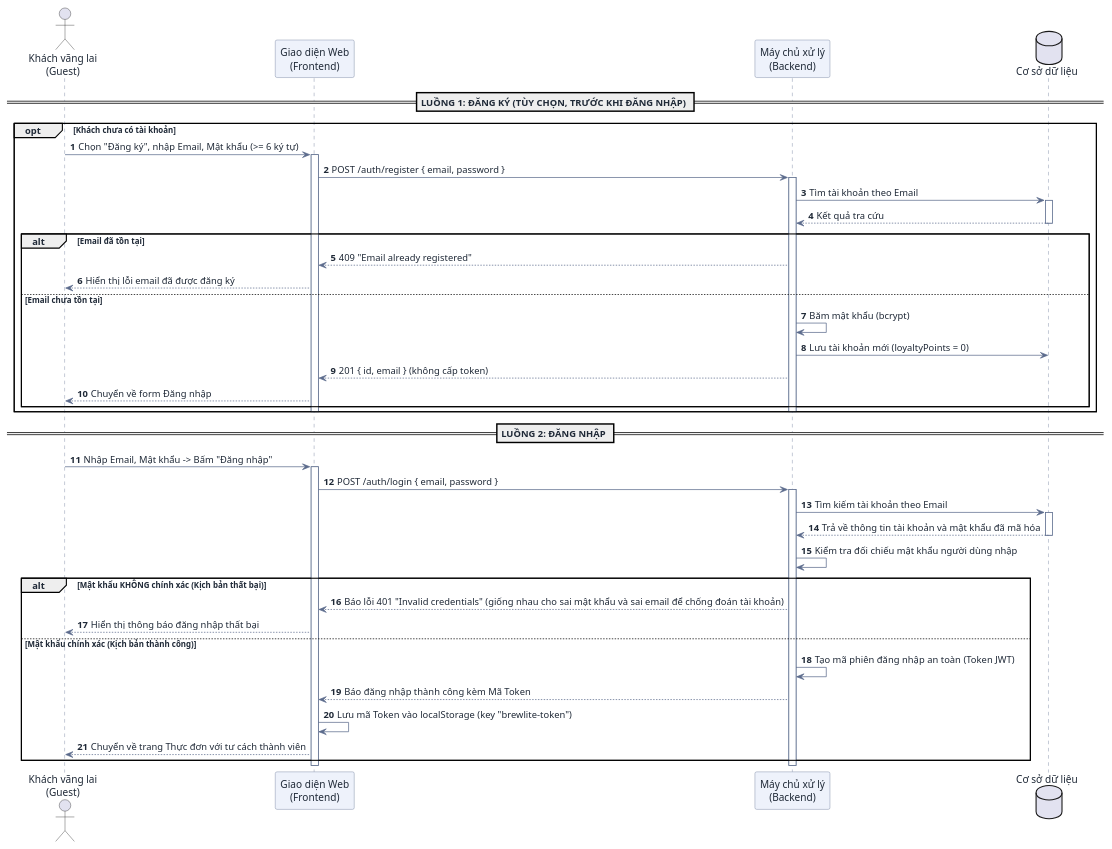
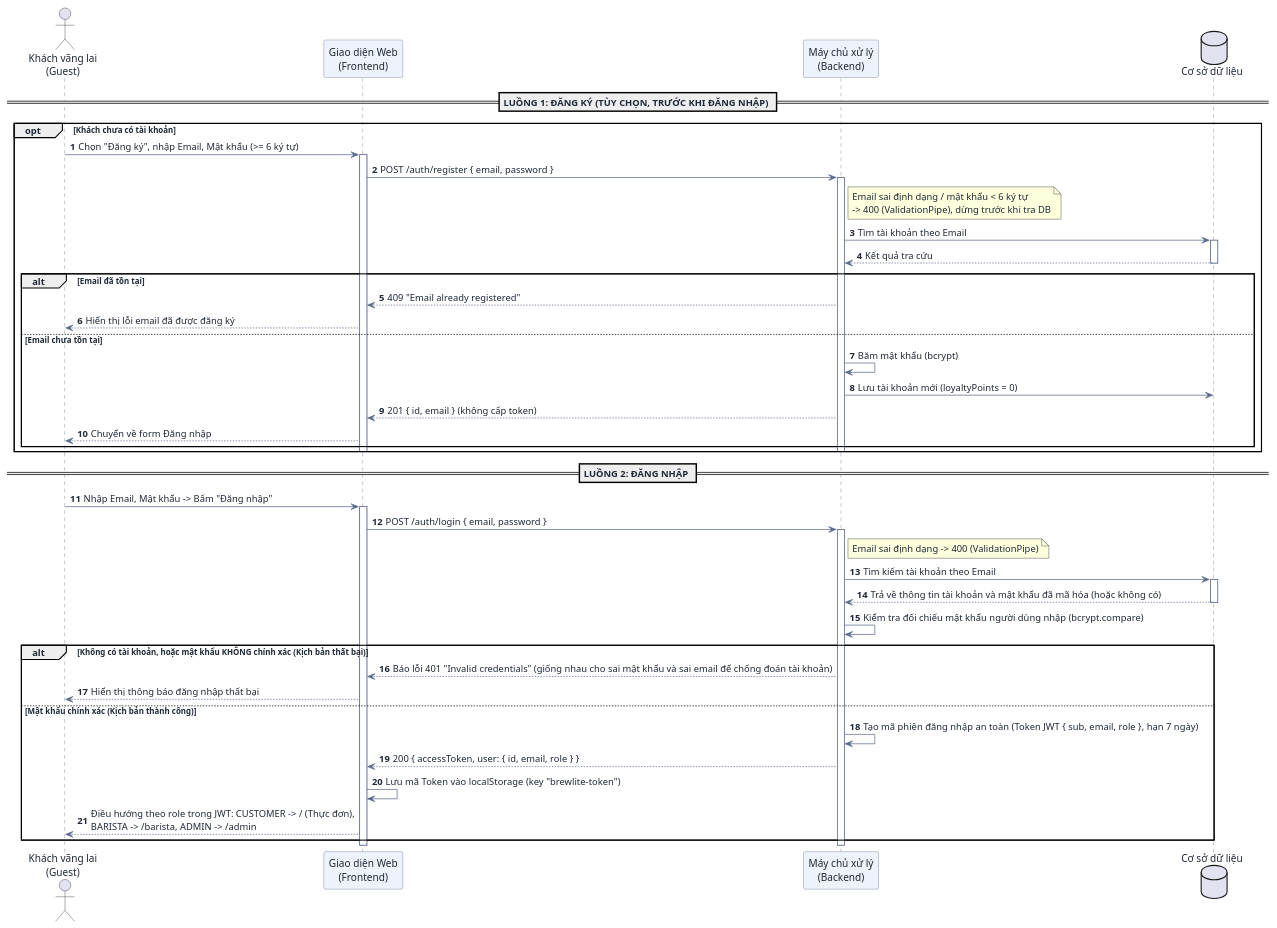
Before and after one commit to DuVinhLoi/BrewLite: the third of 9 diagrams in docs/user-sequence-specifications.md, drawn with PlantUML. The commit also changed other lines of this file and 3 other files, not shown here.

First line of the commit message:
docs: dong bo use-case/sequence voi code, plan doc-code-sync, rule .claude/rules/doc-code-sync.md

````diff
--- a/docs/user-sequence-specifications.md
+++ b/docs/user-sequence-specifications.md
@@ -210,63 +224,65 @@
 ```plantuml
 @startuml
 skinparam DefaultFontColor #1f2937
 skinparam ArrowColor #5b6b8c
 skinparam SequenceParticipantBackgroundColor #eef2fb
 skinparam SequenceParticipantBorderColor #5b6b8c
 skinparam SequenceLifeLineBorderColor #5b6b8c
 
 autonumber
 actor "Khách vãng lai\n(Guest)" as User
 participant "Giao diện Web\n(Frontend)" as FE
 participant "Máy chủ xử lý\n(Backend)" as BE
 database "Cơ sở dữ liệu" as DB
 
 == LUỒNG 1: ĐĂNG KÝ (TÙY CHỌN, TRƯỚC KHI ĐĂNG NHẬP) ==
 opt Khách chưa có tài khoản
     User -> FE : Chọn "Đăng ký", nhập Email, Mật khẩu (>= 6 ký tự)
     activate FE
     FE -> BE : POST /auth/register { email, password }
     activate BE
+    note right of BE : Email sai định dạng / mật khẩu < 6 ký tự\n-> 400 (ValidationPipe), dừng trước khi tra DB
     BE -> DB : Tìm tài khoản theo Email
     activate DB
     DB --> BE : Kết quả tra cứu
     deactivate DB
     alt Email đã tồn tại
         BE --> FE : 409 "Email already registered"
         FE --> User : Hiển thị lỗi email đã được đăng ký
     else Email chưa tồn tại
         BE -> BE : Băm mật khẩu (bcrypt)
         BE -> DB : Lưu tài khoản mới (loyaltyPoints = 0)
         BE --> FE : 201 { id, email } (không cấp token)
         FE --> User : Chuyển về form Đăng nhập
     end
     deactivate BE
     deactivate FE
 end
 
 == LUỒNG 2: ĐĂNG NHẬP ==
 User -> FE : Nhập Email, Mật khẩu -> Bấm "Đăng nhập"
 activate FE
 FE -> BE : POST /auth/login { email, password }
 activate BE
+note right of BE : Email sai định dạng -> 400 (ValidationPipe)
 
 BE -> DB : Tìm kiếm tài khoản theo Email
 activate DB
-DB --> BE : Trả về thông tin tài khoản và mật khẩu đã mã hóa
+DB --> BE : Trả về thông tin tài khoản và mật khẩu đã mã hóa (hoặc không có)
 deactivate DB
 
-BE -> BE : Kiểm tra đối chiếu mật khẩu người dùng nhập
+BE -> BE : Kiểm tra đối chiếu mật khẩu người dùng nhập (bcrypt.compare)
 
-alt Mật khẩu KHÔNG chính xác (Kịch bản thất bại)
+alt Không có tài khoản, hoặc mật khẩu KHÔNG chính xác (Kịch bản thất bại)
     BE --> FE : Báo lỗi 401 "Invalid credentials" (giống nhau cho sai mật khẩu và sai email để chống đoán tài khoản)
     FE --> User : Hiển thị thông báo đăng nhập thất bại
 else Mật khẩu chính xác (Kịch bản thành công)
-    BE -> BE : Tạo mã phiên đăng nhập an toàn (Token JWT)
-    BE --> FE : Báo đăng nhập thành công kèm Mã Token
+    BE -> BE : Tạo mã phiên đăng nhập an toàn (Token JWT { sub, email, role }, hạn 7 ngày)
+    BE --> FE : 200 { accessToken, user: { id, email, role } }
     FE -> FE : Lưu mã Token vào localStorage (key "brewlite-token")
-    FE --> User : Chuyển về trang Thực đơn với tư cách thành viên
+    FE --> User : Điều hướng theo role trong JWT: CUSTOMER -> / (Thực đơn),\nBARISTA -> /barista, ADMIN -> /admin
 end
 deactivate BE
 deactivate FE
 @enduml
 ```
````
